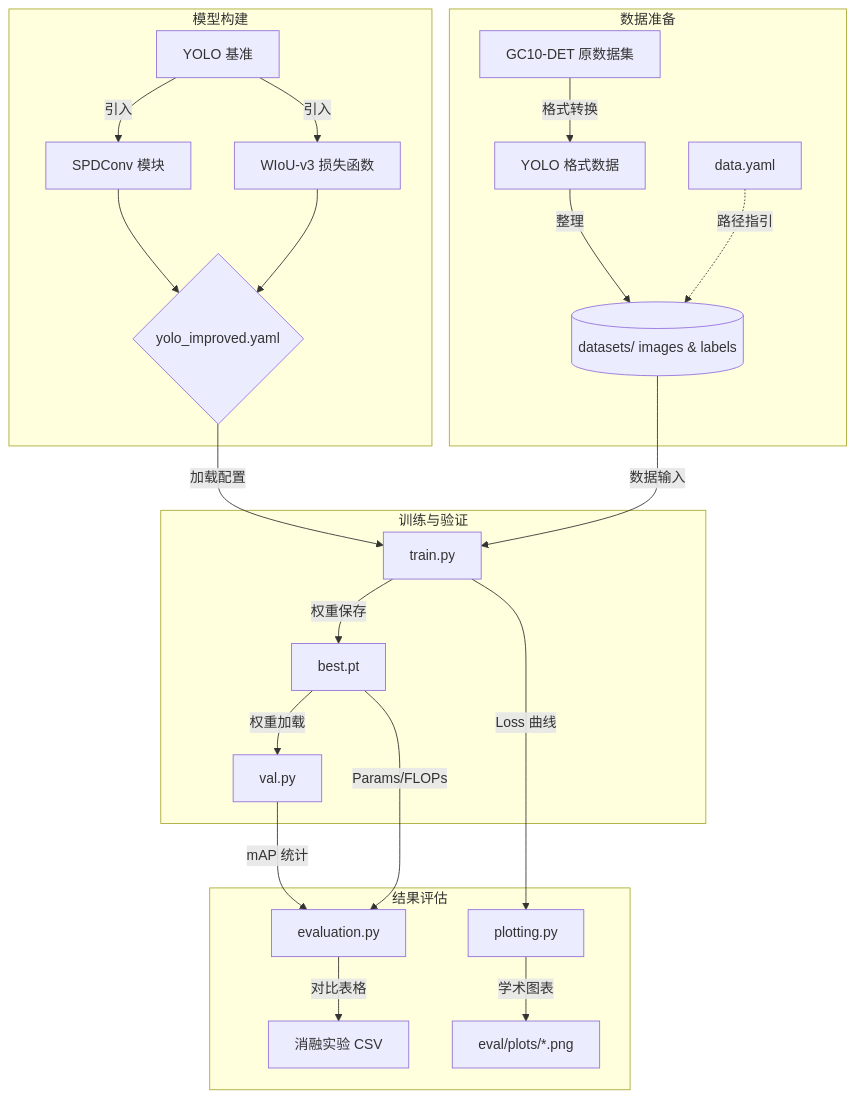
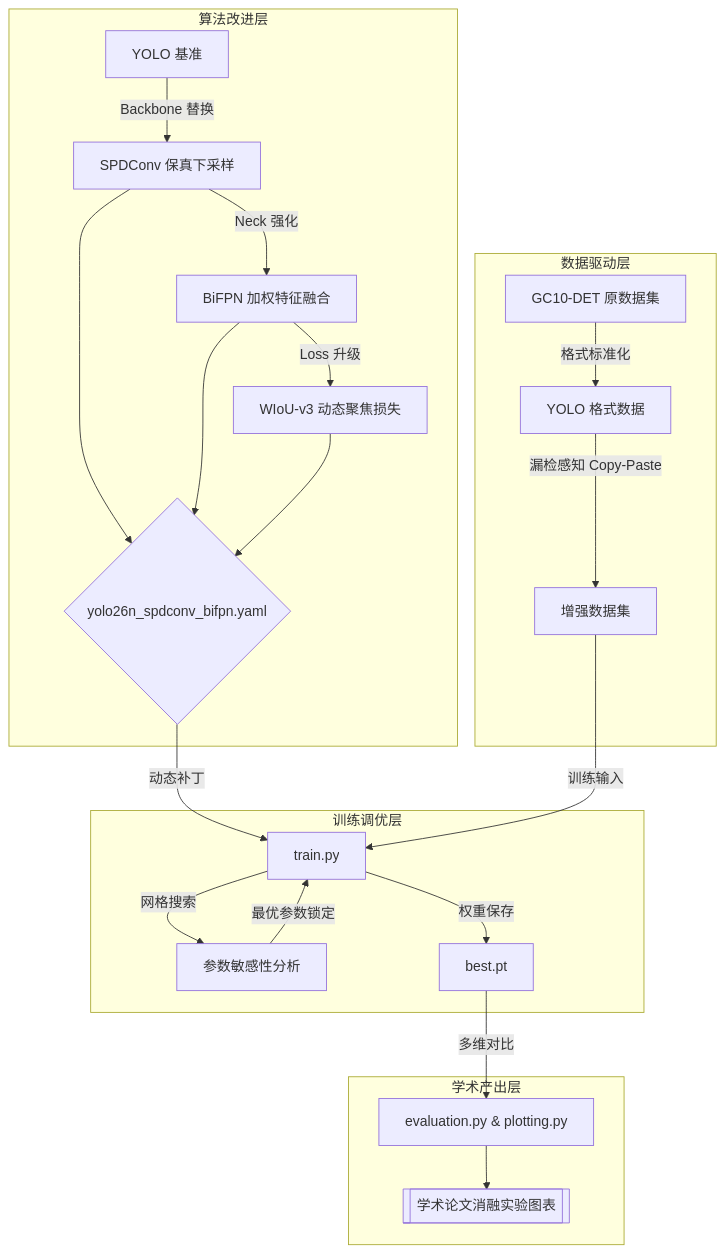
Before and after one commit to jhuang6451/defect_detection_yolo: the diagram in README.md, drawn with Mermaid. The commit also changed other lines of this file and 7 other files, not shown here.

````diff
--- a/README.md
+++ b/README.md
@@ -19,29 +18,27 @@
 ```mermaid
 flowchart TD
-    subgraph Data_Prep [数据准备]
-        A[GC10-DET 原数据集] -->|格式转换| B[YOLO 格式数据]
-        B -->|整理| C[(datasets/ images & labels)]
-        D[data.yaml] -.->|路径指引| C
+    subgraph Data_Hub [数据驱动层]
+        A[GC10-DET 原数据集] -->|格式标准化| B[YOLO 格式数据]
+        B -->|漏检感知 Copy-Paste| C[增强数据集]
     end
 
-    subgraph Model_Dev [模型构建]
-        E[YOLO 基准] -->|引入| F[SPDConv 模块]
-        E -->|引入| G[WIoU-v3 损失函数]
-        F & G --> H{yolo_improved.yaml}
+    subgraph Core_Model [算法改进层]
+        E[YOLO 基准] -->|Backbone 替换| F[SPDConv 保真下采样]
+        F -->|Neck 强化| G[BiFPN 加权特征融合]
+        G -->|Loss 升级| H[WIoU-v3 动态聚焦损失]
+        F & G & H --> I{yolo26n_spdconv_bifpn.yaml}
     end
 
-    subgraph Execution [训练与验证]
-        H -->|加载配置| I[train.py]
-        C -->|数据输入| I
-        I -->|权重保存| J[best.pt]
-        J -->|权重加载| K[val.py]
+    subgraph Optimization [训练调优层]
+        I -->|动态补丁| J[train.py]
+        C -->|训练输入| J
+        J -->|网格搜索| K[参数敏感性分析]
+        K -->|最优参数锁定| J
+        J -->|权重保存| L[best.pt]
     end
 
-    subgraph Evaluation [结果评估]
-        K -->|mAP 统计| L[evaluation.py]
-        J -->|Params/FLOPs| L
-        I -->|Loss 曲线| M[plotting.py]
-        L -->|对比表格| N[消融实验 CSV]
-        M -->|学术图表| O[eval/plots/*.png]
+    subgraph Academic_Output [学术产出层]
+        L -->|多维对比| M[evaluation.py & plotting.py]
+        M --> P[[学术论文消融实验图表]]
     end
 ```
````
